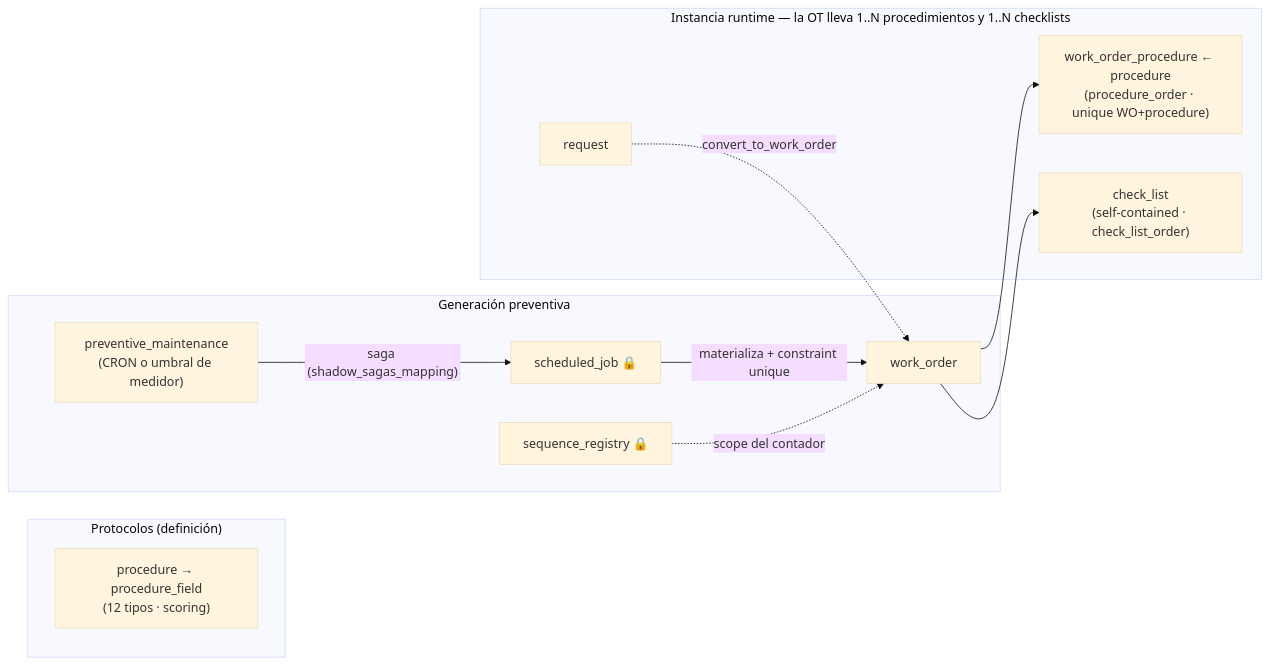
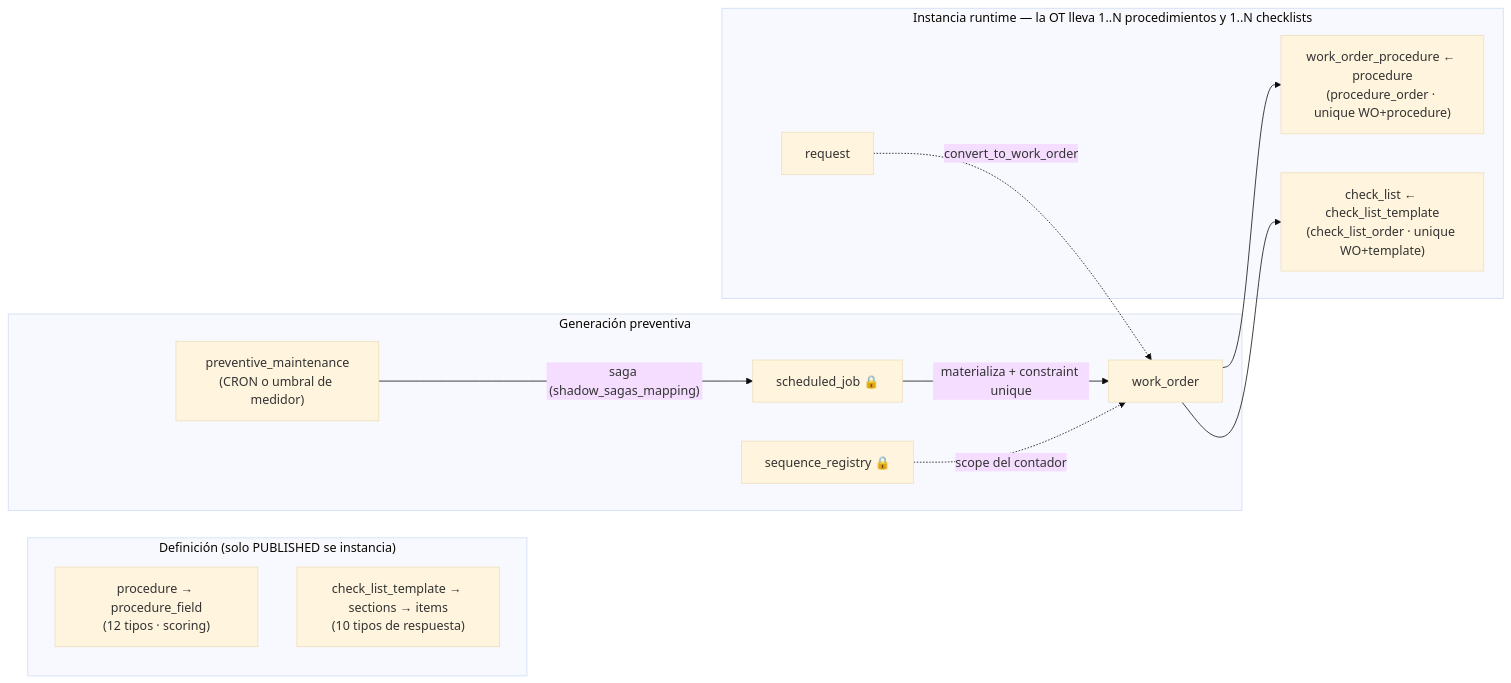
The third of 5 diagrams in docs/reference/diagrama-modelo-datos.md (metritechnology/metri-engine), drawn with Mermaid (base theme) before and after one commit. The commit also changed other lines of this file and 10 other files, not shown here.

````diff
--- a/docs/reference/diagrama-modelo-datos.md
+++ b/docs/reference/diagrama-modelo-datos.md
@@ -126,19 +126,20 @@
 ```mermaid
 flowchart LR
-    subgraph DEFS["Protocolos (definición)"]
+    subgraph DEFS["Definición (solo PUBLISHED se instancia)"]
         PR["procedure → procedure_field<br/>(12 tipos · scoring)"]
+        CLT["check_list_template → sections → items<br/>(10 tipos de respuesta)"]
     end
 
     subgraph GEN["Generación preventiva"]
         PM["preventive_maintenance<br/>(CRON o umbral de medidor)"]
         PM -->|"saga (shadow_sagas_mapping)"| SJ["scheduled_job 🔒"]
         SJ -->|"materializa + constraint unique"| WO2["work_order"]
         SEQ["sequence_registry 🔒"] -.->|"scope del contador"| WO2
     end
 
     subgraph RUN["Instancia runtime — la OT lleva 1..N procedimientos y 1..N checklists"]
         WO2 --> WPR2["work_order_procedure ← procedure<br/>(procedure_order · unique WO+procedure)"]
-        WO2 --> CL2["check_list<br/>(self-contained · check_list_order)"]
+        WO2 --> CL2["check_list ← check_list_template<br/>(check_list_order · unique WO+template)"]
         REQ2["request"] -.->|"convert_to_work_order"| WO2
     end
 ```
````
